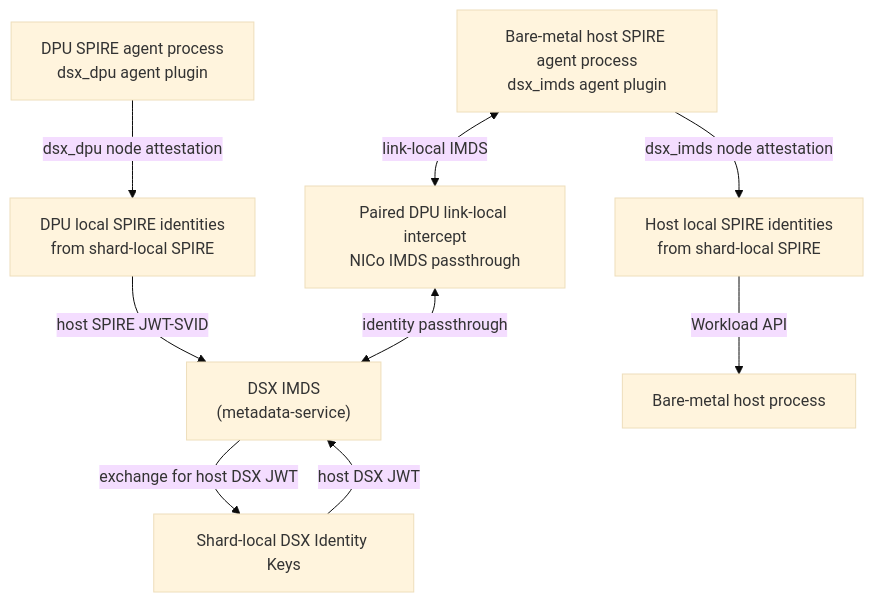
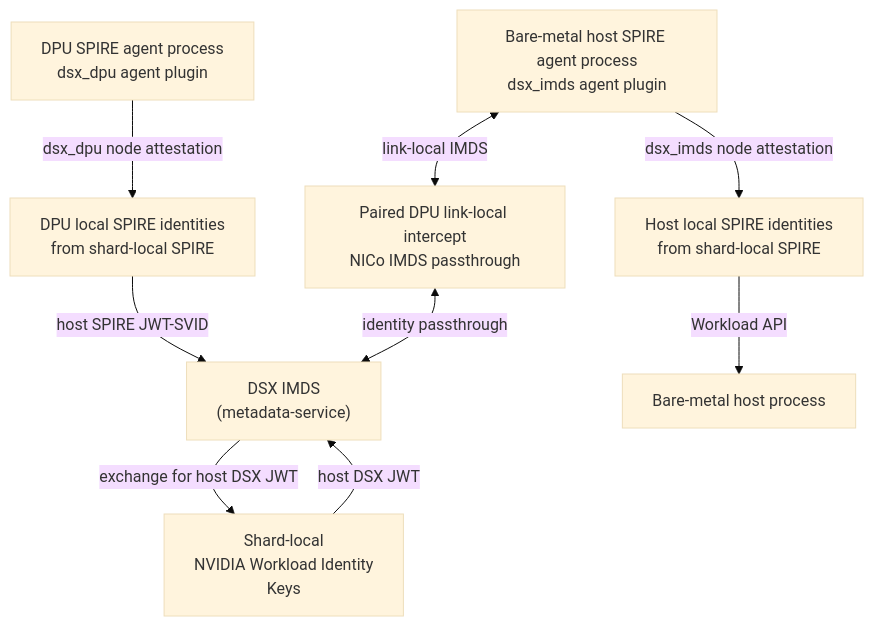
The first of 2 diagrams in cmd/dsx-imds-node-attestor-agent/README.md (dsx-ai-factory/nvidia-workload-identity), drawn with Mermaid (base theme) before and after one commit. The commit also changed other lines of this file and 41 other files, not shown here.

First line of the commit message:
fix(NO-REF): update NVIDIA Workload Identity display names

````diff
--- a/cmd/dsx-imds-node-attestor-agent/README.md
+++ b/cmd/dsx-imds-node-attestor-agent/README.md
@@ -22,20 +22,20 @@
 ```mermaid
 flowchart TB
   DPUIdentities["DPU local SPIRE identities<br/>from shard-local SPIRE"]
   HostIdentities["Host local SPIRE identities<br/>from shard-local SPIRE"]
-  IdentityKeys["Shard-local DSX Identity Keys"]
+  IdentityKeys["Shard-local<br/>NVIDIA Workload Identity<br/>Keys"]
   DPUAgent["DPU SPIRE agent process<br/>dsx_dpu agent plugin"]
   NICoIMDS["Paired DPU link-local intercept<br/>NICo IMDS passthrough"]
   DSXIMDS["DSX IMDS<br/>(metadata-service)"]
   HostAgent["Bare-metal host SPIRE agent process<br/>dsx_imds agent plugin"]
   HostProcess["Bare-metal host process"]
 
   DPUAgent -->|"dsx_dpu node attestation"| DPUIdentities
   DPUIdentities -->|"host SPIRE JWT-SVID"| DSXIMDS
   DSXIMDS -->|"exchange for host DSX JWT"| IdentityKeys
   IdentityKeys -->|"host DSX JWT"| DSXIMDS
   HostAgent <-->|"link-local IMDS"| NICoIMDS
   NICoIMDS <-->|"identity passthrough"| DSXIMDS
   HostAgent -->|"dsx_imds node attestation"| HostIdentities
   HostIdentities -->|"Workload API"| HostProcess
 ```
````
